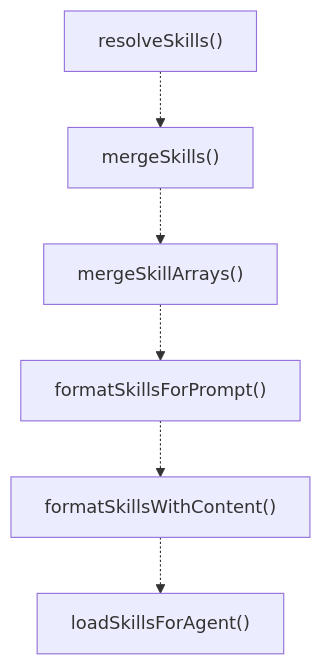
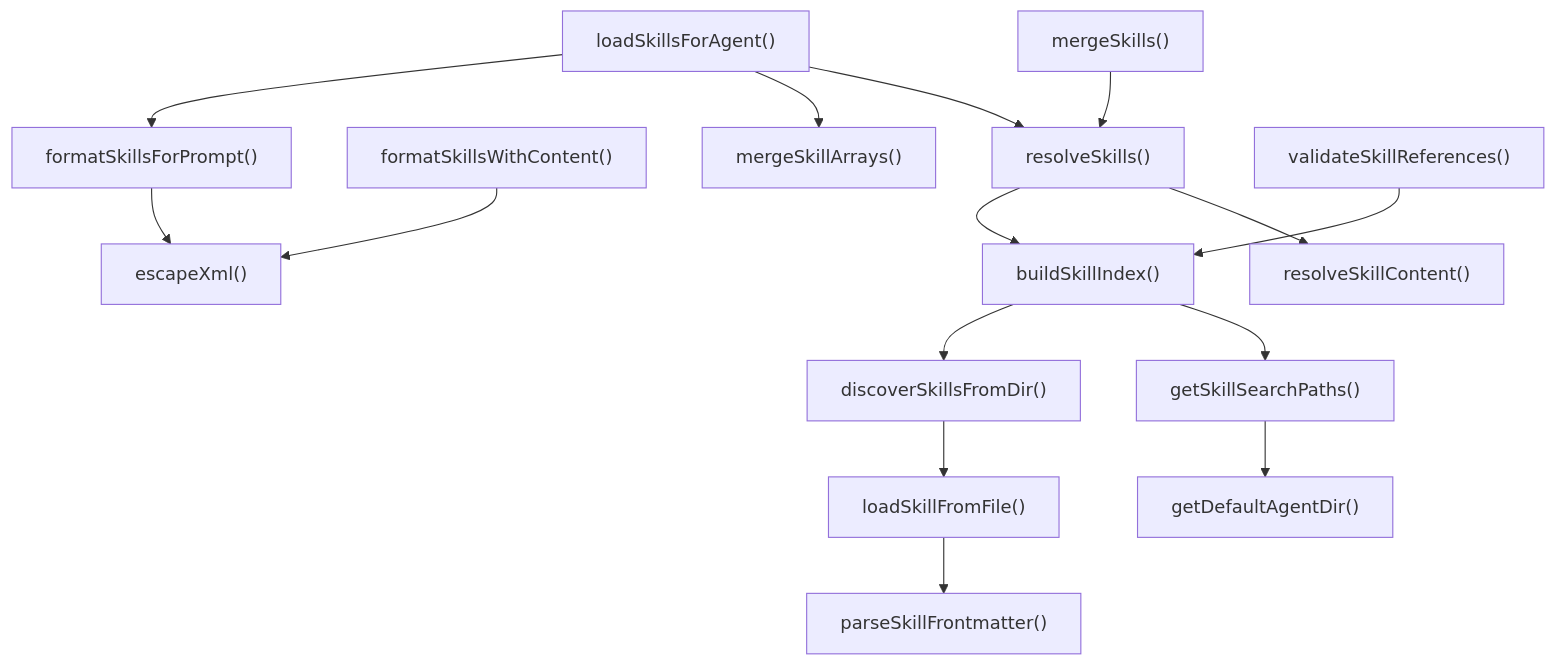
One commit to Mekann2904/mekann changed the second of 3 diagrams in ABDD/.pi/lib/skill-registry.md. Above: the diagram before and after it, drawn with Mermaid. The commit also changed other lines of this file and 277 other files, not shown here.

````diff
--- a/ABDD/.pi/lib/skill-registry.md
+++ b/ABDD/.pi/lib/skill-registry.md
@@ -82,14 +82,32 @@
 ```mermaid
 flowchart TD
-  resolveSkills["resolveSkills()"]
-  mergeSkills["mergeSkills()"]
-  mergeSkillArrays["mergeSkillArrays()"]
+  buildSkillIndex["buildSkillIndex()"]
+  discoverSkillsFromDir["discoverSkillsFromDir()"]
+  escapeXml["escapeXml()"]
   formatSkillsForPrompt["formatSkillsForPrompt()"]
   formatSkillsWithContent["formatSkillsWithContent()"]
+  getDefaultAgentDir["getDefaultAgentDir()"]
+  getSkillSearchPaths["getSkillSearchPaths()"]
+  loadSkillFromFile["loadSkillFromFile()"]
   loadSkillsForAgent["loadSkillsForAgent()"]
-  resolveSkills -.-> mergeSkills
-  mergeSkills -.-> mergeSkillArrays
-  mergeSkillArrays -.-> formatSkillsForPrompt
-  formatSkillsForPrompt -.-> formatSkillsWithContent
-  formatSkillsWithContent -.-> loadSkillsForAgent
+  mergeSkillArrays["mergeSkillArrays()"]
+  mergeSkills["mergeSkills()"]
+  parseSkillFrontmatter["parseSkillFrontmatter()"]
+  resolveSkillContent["resolveSkillContent()"]
+  resolveSkills["resolveSkills()"]
+  validateSkillReferences["validateSkillReferences()"]
+  buildSkillIndex --> discoverSkillsFromDir
+  buildSkillIndex --> getSkillSearchPaths
+  discoverSkillsFromDir --> loadSkillFromFile
+  formatSkillsForPrompt --> escapeXml
+  formatSkillsWithContent --> escapeXml
+  getSkillSearchPaths --> getDefaultAgentDir
+  loadSkillFromFile --> parseSkillFrontmatter
+  loadSkillsForAgent --> formatSkillsForPrompt
+  loadSkillsForAgent --> mergeSkillArrays
+  loadSkillsForAgent --> resolveSkills
+  mergeSkills --> resolveSkills
+  resolveSkills --> buildSkillIndex
+  resolveSkills --> resolveSkillContent
+  validateSkillReferences --> buildSkillIndex
 ```
````
